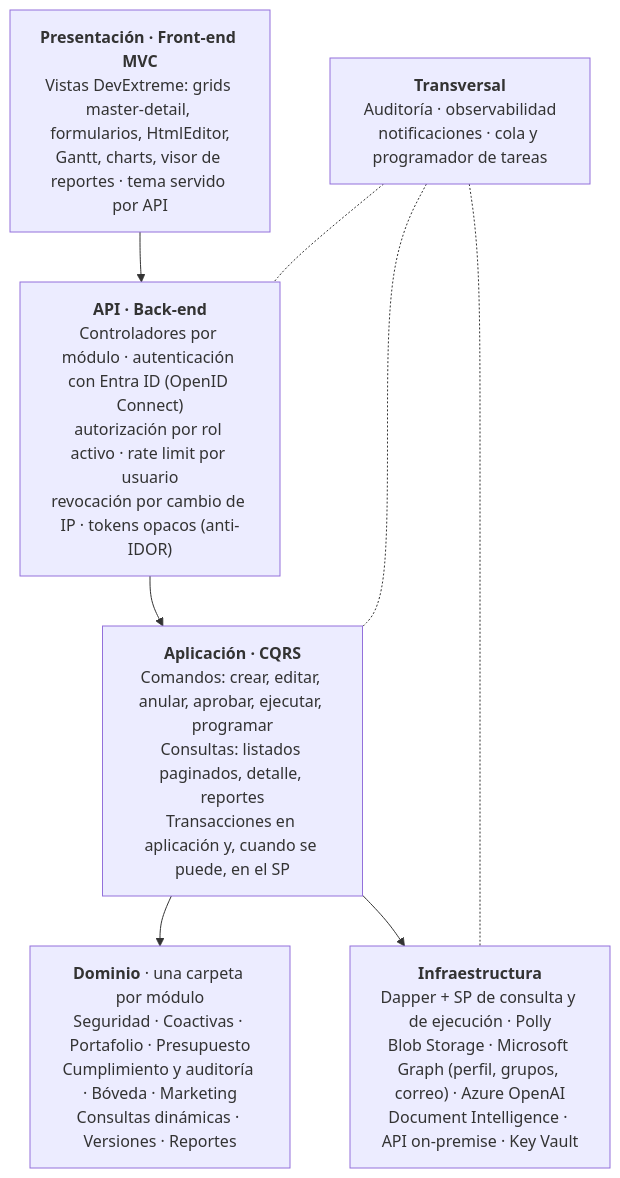
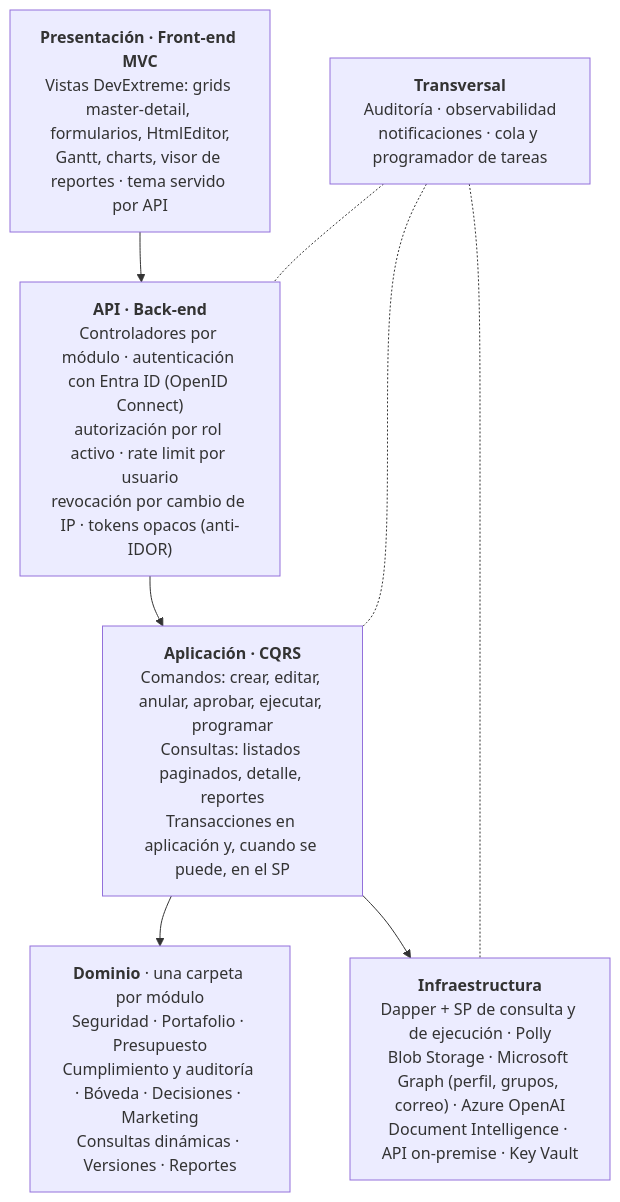
The second of 3 diagrams in docs/arquitectura.md (buenchico40/ProBank), drawn with Mermaid before and after one commit. The commit also changed other lines of this file and 122 other files, not shown here.

First line of the commit message:
Retirar Coactivas y crear el módulo Decisiones con aprobaciones firmadas

````diff
--- a/docs/arquitectura.md
+++ b/docs/arquitectura.md
@@ -65,14 +65,14 @@
 ```mermaid
 flowchart TB
   P["<b>Presentación · Front-end MVC</b><br/>Vistas DevExtreme: grids master-detail, formularios, HtmlEditor,<br/>Gantt, charts, visor de reportes · tema servido por API"]
   A["<b>API · Back-end</b><br/>Controladores por módulo · autenticación con Entra ID (OpenID Connect)<br/>autorización por rol activo · rate limit por usuario<br/>revocación por cambio de IP · tokens opacos (anti-IDOR)"]
   C["<b>Aplicación · CQRS</b><br/>Comandos: crear, editar, anular, aprobar, ejecutar, programar<br/>Consultas: listados paginados, detalle, reportes<br/>Transacciones en aplicación y, cuando se puede, en el SP"]
-  D["<b>Dominio</b> · una carpeta por módulo<br/>Seguridad · Coactivas · Portafolio · Presupuesto<br/>Cumplimiento y auditoría · Bóveda · Marketing<br/>Consultas dinámicas · Versiones · Reportes"]
+  D["<b>Dominio</b> · una carpeta por módulo<br/>Seguridad · Portafolio · Presupuesto<br/>Cumplimiento y auditoría · Bóveda · Decisiones · Marketing<br/>Consultas dinámicas · Versiones · Reportes"]
   I["<b>Infraestructura</b><br/>Dapper + SP de consulta y de ejecución · Polly<br/>Blob Storage · Microsoft Graph (perfil, grupos, correo) · Azure OpenAI<br/>Document Intelligence · API on-premise · Key Vault"]
   X["<b>Transversal</b><br/>Auditoría · observabilidad<br/>notificaciones · cola y programador de tareas"]
   P --> A --> C --> D
   C --> I
   X -.- A
   X -.- C
   X -.- I
 ```
````
